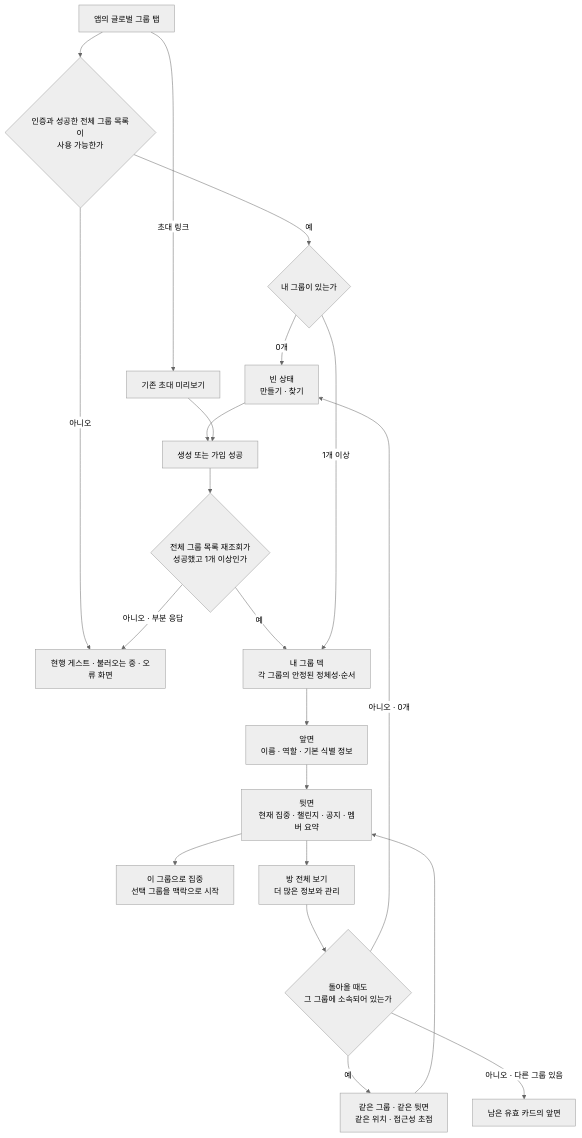
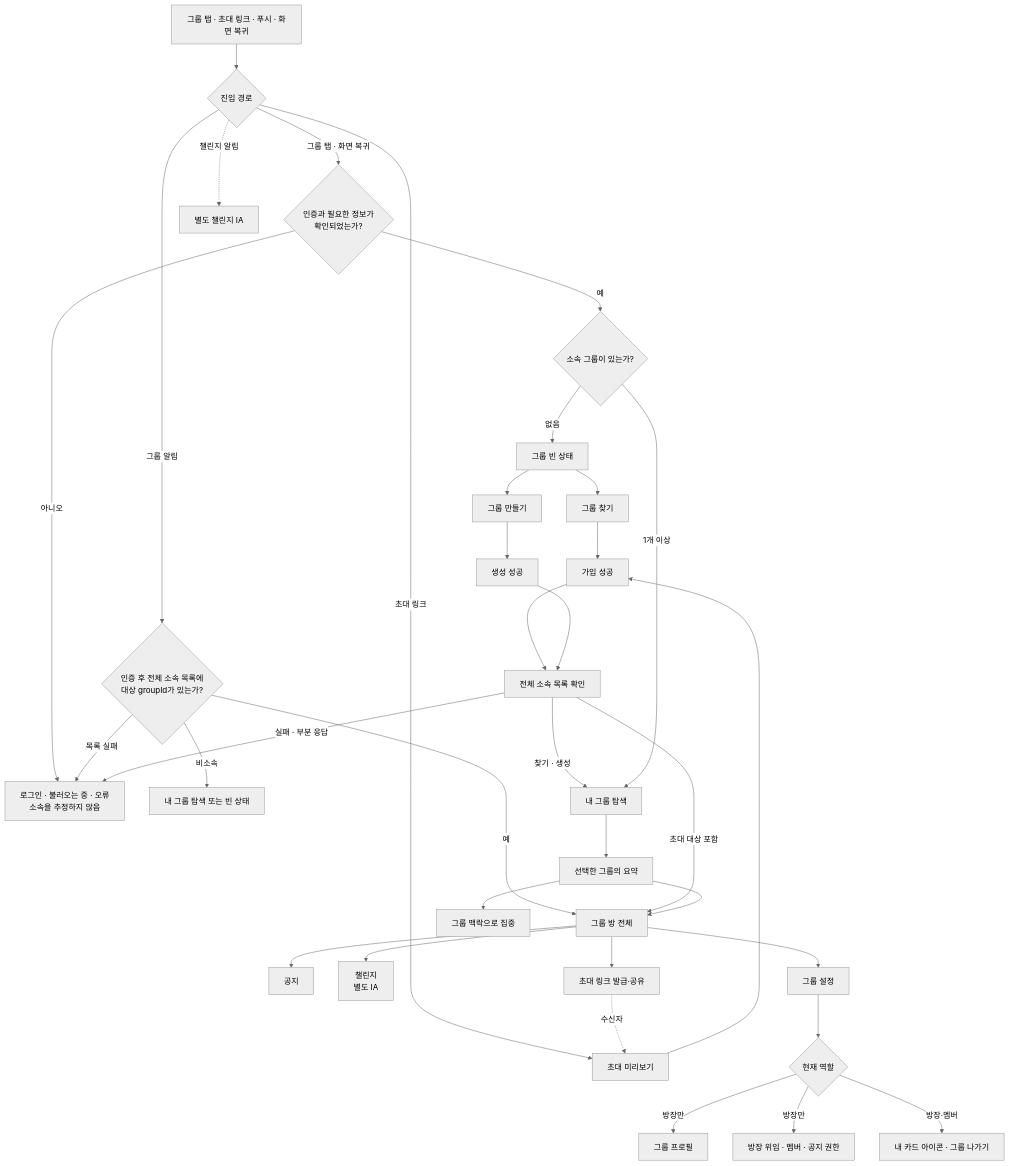
The second of 5 diagrams in docs/prd/group/information-architecture.md (OneOrThree/phone), drawn with Mermaid (neutral theme) before and after one commit. The commit also changed other lines of this file and 17 other files, not shown here.

````diff
--- a/docs/prd/group/information-architecture.md
+++ b/docs/prd/group/information-architecture.md
@@ -26,25 +46,41 @@
 ```mermaid
 flowchart TD
-    APP["앱의 글로벌 그룹 탭"] --> READY{"인증과 성공한 전체 그룹 목록이<br/>사용 가능한가"}
-    READY -->|아니오| EXISTING["현행 게스트 · 불러오는 중 · 오류 화면"]
-    READY -->|예| STATE{"내 그룹이 있는가"}
+    Entry["그룹 탭 · 초대 링크 · 푸시 · 화면 복귀"] --> Source{"진입 경로"}
+    Source -->|그룹 탭 · 화면 복귀| Auth{"인증과 필요한 정보가<br/>확인되었는가?"}
+    Auth -->|아니오| Safe["로그인 · 불러오는 중 · 오류<br/>소속을 추정하지 않음"]
+    Auth -->|예| Count{"소속 그룹이 있는가?"}
 
-    STATE -->|"0개"| EMPTY["빈 상태\n만들기 · 찾기"]
-    EMPTY --> ACQUIRE["생성 또는 가입 성공"]
-    APP -->|초대 링크| INVITE["기존 초대 미리보기"]
-    INVITE --> ACQUIRE
-    ACQUIRE --> REFRESH{"전체 그룹 목록 재조회가<br/>성공했고 1개 이상인가"}
-    REFRESH -->|예| DECK
-    REFRESH -->|아니오 · 부분 응답| EXISTING
+    Count -->|없음| Empty["그룹 빈 상태"]
+    Empty --> Find["그룹 찾기"]
+    Empty --> Create["그룹 만들기"]
+    Source -->|초대 링크| Invite["초대 미리보기"]
+    Source -->|그룹 알림| Push{"인증 후 전체 소속 목록에<br/>대상 groupId가 있는가?"}
+    Push -->|예| Room
+    Push -->|비소속| GroupFallback["내 그룹 탐색 또는 빈 상태"]
+    Push -->|목록 실패| Safe
+    Source -.->|챌린지 알림| ChallengePolicy["별도 챌린지 IA"]
 
-    STATE -->|"1개 이상"| DECK["내 그룹 덱\n각 그룹의 안정된 정체성·순서"]
-    DECK --> FRONT["앞면\n이름 · 역할 · 기본 식별 정보"]
-    FRONT --> BACK["뒷면\n현재 집중 · 챌린지 · 공지 · 멤버 요약"]
-    BACK --> FOCUS["이 그룹으로 집중\n선택 그룹을 맥락으로 시작"]
-    BACK --> ROOM["방 전체 보기\n더 많은 정보와 관리"]
-    ROOM --> STILL_MEMBER{"돌아올 때도<br/>그 그룹에 소속되어 있는가"}
-    STILL_MEMBER -->|예| RETURN["같은 그룹 · 같은 뒷면<br/>같은 위치 · 접근성 초점"]
-    STILL_MEMBER -->|아니오 · 다른 그룹 있음| SAFE_CARD["남은 유효 카드의 앞면"]
-    STILL_MEMBER -->|아니오 · 0개| EMPTY
-    RETURN --> BACK
+    Find --> Acquire["가입 성공"]
+    Invite --> Acquire
+    Create --> Created["생성 성공"]
+    Acquire --> Refresh["전체 소속 목록 확인"]
+    Created --> Refresh
+    Refresh -->|"찾기 · 생성"| MyGroups
+    Refresh -->|"초대 대상 포함"| Room
+    Refresh -->|"실패 · 부분 응답"| Safe
+
+    Count -->|1개 이상| MyGroups["내 그룹 탐색"]
+    MyGroups --> Summary["선택한 그룹의 요약"]
+    Summary --> Focus["그룹 맥락으로 집중"]
+    Summary --> Room["그룹 방 전체"]
+
+    Room --> Notice["공지"]
+    Room --> Challenge["챌린지<br/>별도 IA"]
+    Room --> Share["초대 링크 발급·공유"]
+    Share -.->|수신자| Invite
+    Room --> Settings["그룹 설정"]
+    Settings --> Role{"현재 역할"}
+    Role -->|방장만| Profile["그룹 프로필"]
+    Role -->|방장만| Members["방장 위임 · 멤버 · 공지 권한"]
+    Role -->|방장·멤버| Personal["내 카드 아이콘 · 그룹 나가기"]
 ```
````
